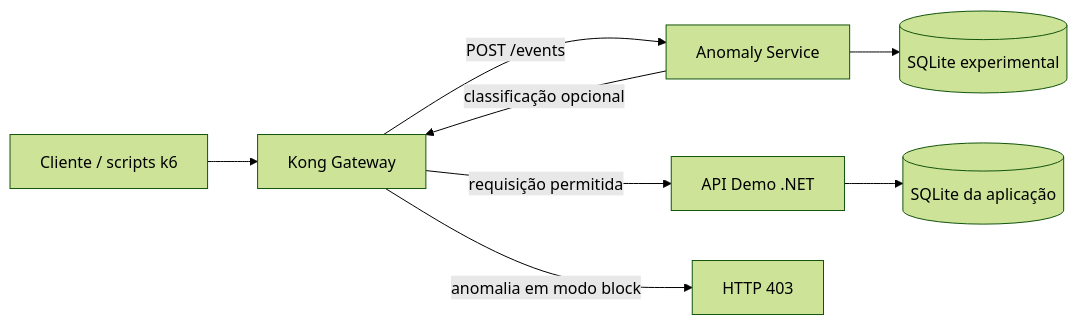
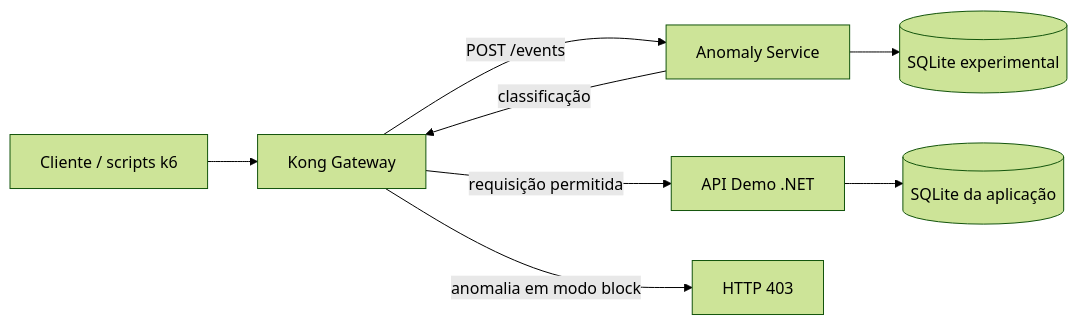
The diagram in README.md (soaresruana/api-anomaly-demo), drawn with Mermaid (forest theme) before and after one commit. The commit also changed other lines of this file and 16 other files, not shown here.

````diff
--- a/README.md
+++ b/README.md
@@ -11,10 +11,10 @@
 ```mermaid
 flowchart LR
     C[Cliente / scripts k6] --> K[Kong Gateway]
     K -->|POST /events| A[Anomaly Service]
-    A -->|classificação opcional| K
+    A -->|classificação| K
     A --> E[(SQLite experimental)]
     K -->|requisição permitida| API[API Demo .NET]
     K -->|anomalia em modo block| B[HTTP 403]
     API --> D[(SQLite da aplicação)]
 ```
````
